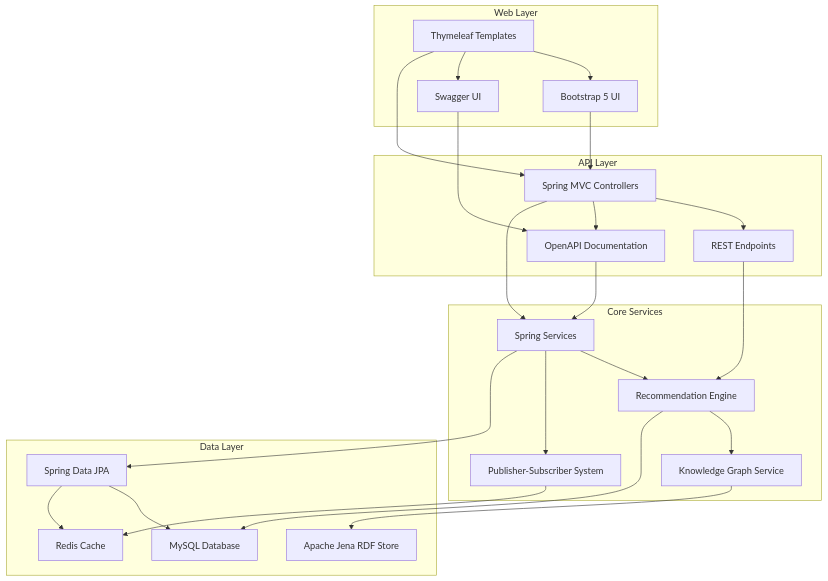
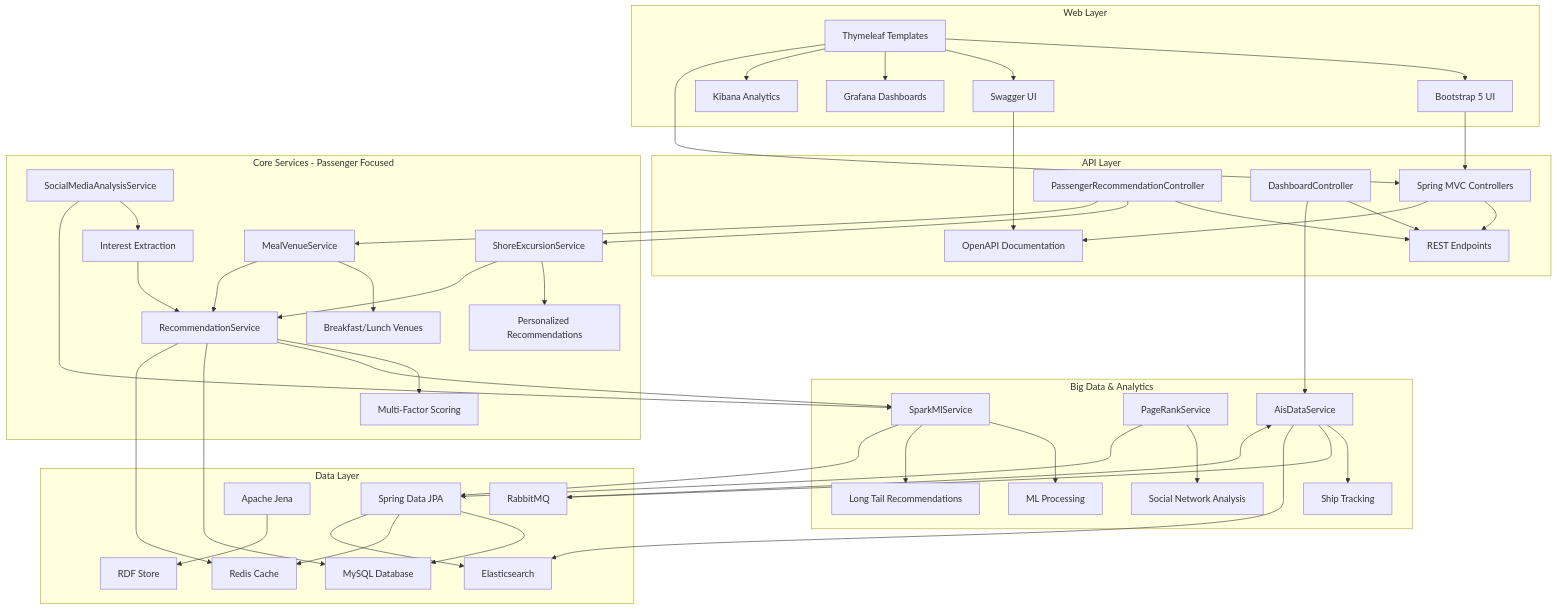
One commit to GYulius/SoWR changed the diagram in README.md. Above: the diagram before and after it, drawn with Mermaid. The commit also changed other lines of this file and 5 other files, not shown here.

Commit message:
second commit: updated: C4-Level architecture, sample data, DB schema

````diff
--- a/README.md
+++ b/README.md
@@ -76,34 +88,56 @@
 ```mermaid
 graph TB
     subgraph "Web Layer"
         A[Thymeleaf Templates] --> B[Bootstrap 5 UI]
         A --> C[Swagger UI]
+        A --> D1[Grafana Dashboards]
+        A --> D2[Kibana Analytics]
     end
     
     subgraph "API Layer"
-        D[Spring MVC Controllers] --> E[REST Endpoints]
-        D --> F[OpenAPI Documentation]
+        E[Spring MVC Controllers] --> F[REST Endpoints]
+        E --> G[OpenAPI Documentation]
+        E1[PassengerRecommendationController] --> F
+        E2[DashboardController] --> F
     end
     
-    subgraph "Core Services"
-        G[Spring Services] --> H[Recommendation Engine]
-        G --> I[Publisher-Subscriber System]
-        H --> J[Knowledge Graph Service]
+    subgraph "Core Services - Passenger Focused"
+        H1[SocialMediaAnalysisService] --> H2[Interest Extraction]
+        H3[ShoreExcursionService] --> H4[Personalized Recommendations]
+        H5[MealVenueService] --> H6[Breakfast/Lunch Venues]
+        H7[RecommendationService] --> H8[Multi-Factor Scoring]
+    end
+    
+    subgraph "Big Data & Analytics"
+        I1[SparkMlService] --> I2[ML Processing]
+        I3[PageRankService] --> I4[Social Network Analysis]
+        I5[AisDataService] --> I6[Ship Tracking]
+        I1 --> I7[Long Tail Recommendations]
     end
     
     subgraph "Data Layer"
-        K[Spring Data JPA] --> L[MySQL Database]
-        K --> M[Redis Cache]
-        J --> N[Apache Jena RDF Store]
+        J[Spring Data JPA] --> K[MySQL Database]
+        J --> L[Redis Cache]
+        J --> M[Elasticsearch]
+        N[RabbitMQ] --> I5
+        O[Apache Jena] --> P[RDF Store]
     end
     
-    A --> D
-    B --> D
-    C --> F
-    D --> G
-    E --> H
-    F --> G
-    G --> K
-    H --> L
-    I --> M
+    A --> E
+    B --> E
+    C --> G
+    E1 --> H3
+    E1 --> H5
+    E2 --> I5
+    H1 --> I1
+    H2 --> H7
+    H3 --> H7
+    H5 --> H7
+    H7 --> I1
+    I1 --> J
+    I3 --> J
+    I5 --> N
+    I5 --> M
+    H7 --> K
+    H7 --> L
 ```
````
